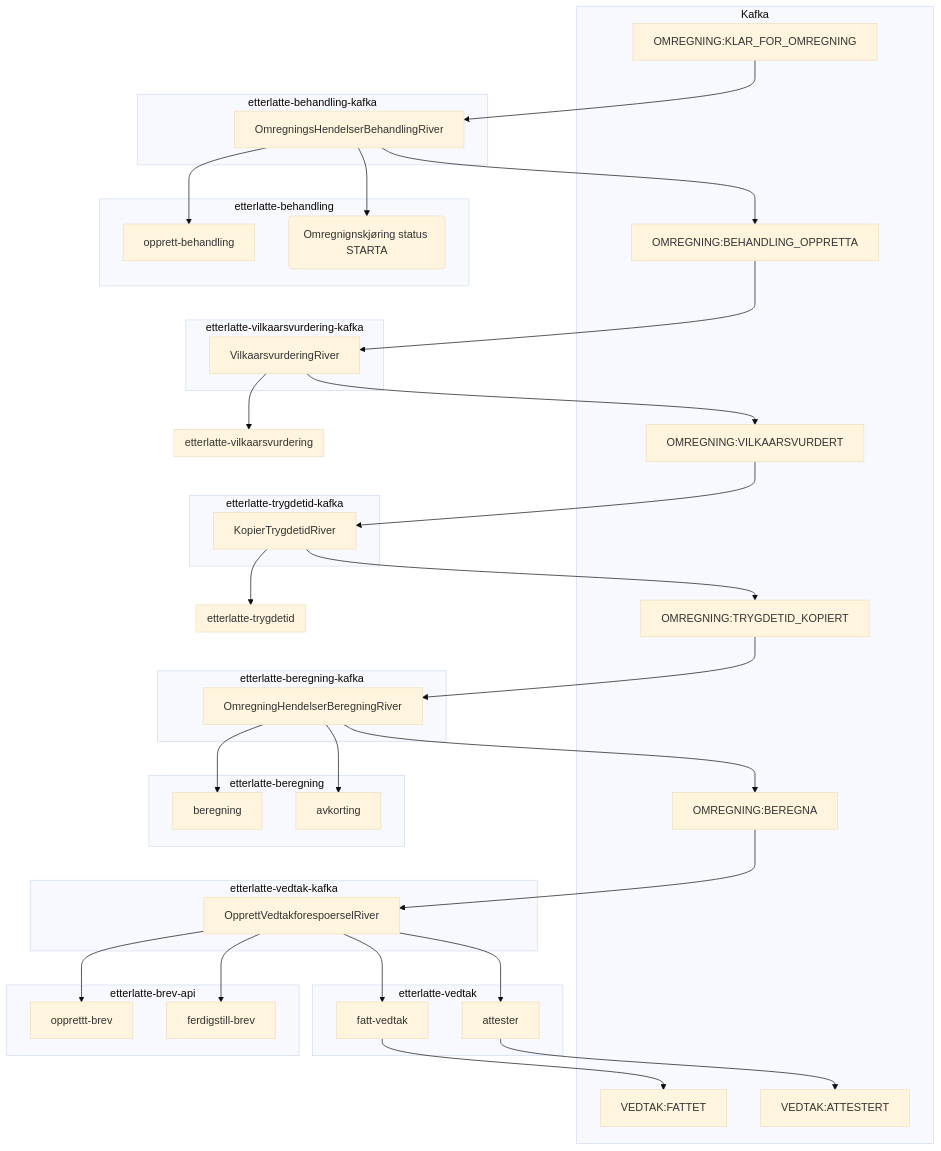
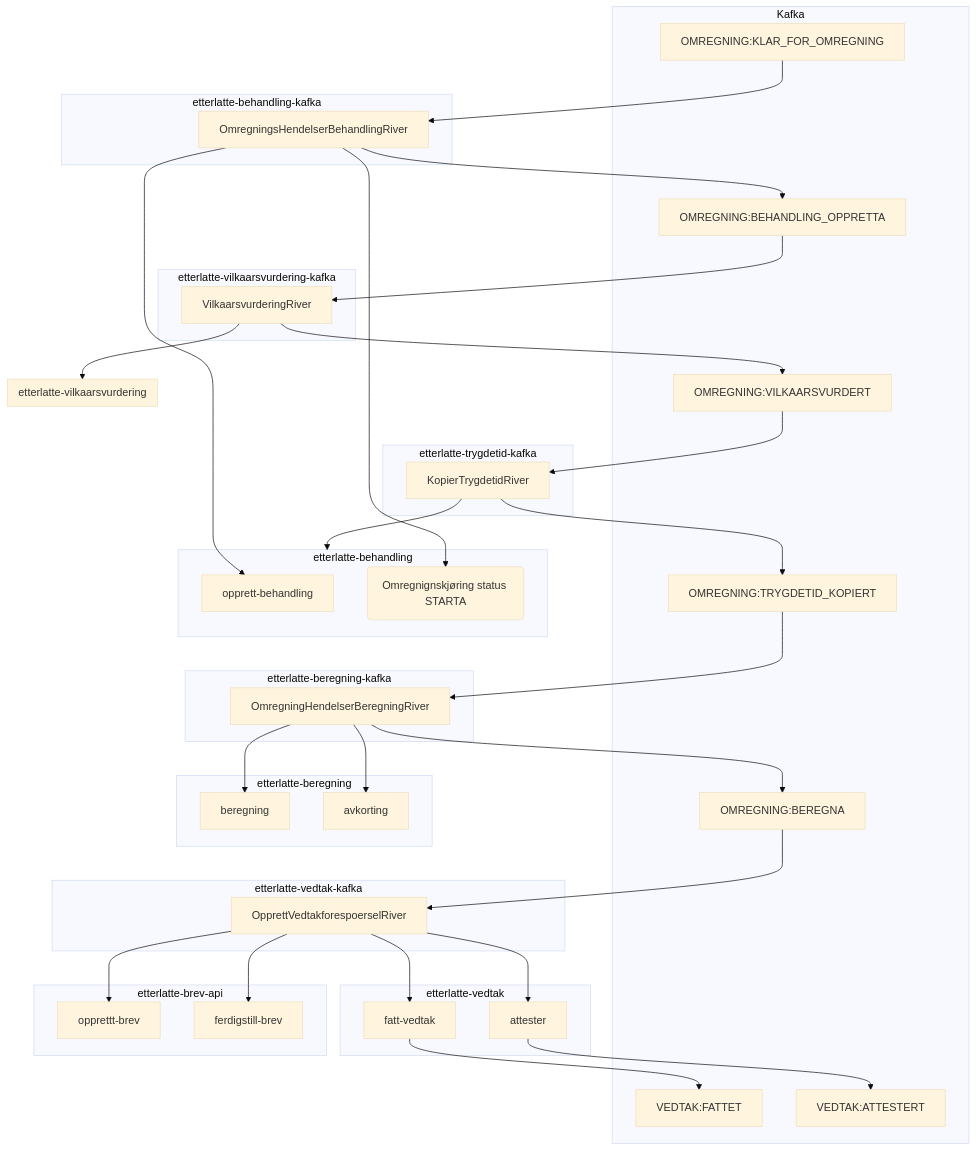
Before and after one commit to navikt/pensjon-etterlatte-saksbehandling: the first of 4 diagrams in libs/etterlatte-omregning-model/README.md, drawn with Mermaid (base theme). The commit also changed 2 other files, not shown here.

Commit message:
Rydder flere trygdetid-referanser og legger på feilaktig fjernet conf i settings.gradle.kts

````diff
--- a/libs/etterlatte-omregning-model/README.md
+++ b/libs/etterlatte-omregning-model/README.md
@@ -3,69 +3,67 @@
 ```mermaid
 flowchart
     subgraph Kafka
         OMREGNING:KLAR_FOR_OMREGNING
         OMREGNING:BEHANDLING_OPPRETTA
         OMREGNING:VILKAARSVURDERT
         OMREGNING:TRYGDETID_KOPIERT
         OMREGNING:BEREGNA
         VEDTAK:FATTET
         VEDTAK:ATTESTERT
     end
     subgraph etterlatte-behandling-kafka
         OmregningsHendelserBehandlingRiver
     end
     subgraph etterlatte-behandling
         opprett-behandling
         omregningkjoering-starta(Omregnignskjøring status STARTA)
     end
     subgraph etterlatte-vilkaarsvurdering-kafka
         VilkaarsvurderingRiver
     end
     subgraph etterlatte-vilkaarsvurdering
     end
     subgraph etterlatte-trygdetid-kafka
         KopierTrygdetidRiver
-    end
-    subgraph etterlatte-trygdetid
     end
     subgraph etterlatte-beregning-kafka
         OmregningHendelserBeregningRiver
     end
     subgraph etterlatte-beregning
         beregning
         avkorting
     end
     subgraph etterlatte-vedtak-kafka
         OpprettVedtakforespoerselRiver
     end
     subgraph etterlatte-vedtak
         fatt-vedtak
         attester
     end
     subgraph etterlatte-brev-api
         opprettt-brev
         ferdigstill-brev
     end
 
     OMREGNING:KLAR_FOR_OMREGNING --> OmregningsHendelserBehandlingRiver
     OmregningsHendelserBehandlingRiver --> opprett-behandling
     OmregningsHendelserBehandlingRiver --> omregningkjoering-starta
     OmregningsHendelserBehandlingRiver --> OMREGNING:BEHANDLING_OPPRETTA
     OMREGNING:BEHANDLING_OPPRETTA --> VilkaarsvurderingRiver
     VilkaarsvurderingRiver --> etterlatte-vilkaarsvurdering
     VilkaarsvurderingRiver --> OMREGNING:VILKAARSVURDERT
     OMREGNING:VILKAARSVURDERT --> KopierTrygdetidRiver
-    KopierTrygdetidRiver --> etterlatte-trygdetid
+    KopierTrygdetidRiver --> etterlatte-behandling
     KopierTrygdetidRiver --> OMREGNING:TRYGDETID_KOPIERT
     OMREGNING:TRYGDETID_KOPIERT --> OmregningHendelserBeregningRiver
     OmregningHendelserBeregningRiver --> beregning
     OmregningHendelserBeregningRiver --> avkorting
     OmregningHendelserBeregningRiver --> OMREGNING:BEREGNA
     OMREGNING:BEREGNA --> OpprettVedtakforespoerselRiver
     OpprettVedtakforespoerselRiver --> fatt-vedtak
     OpprettVedtakforespoerselRiver --> opprettt-brev
     OpprettVedtakforespoerselRiver --> ferdigstill-brev
     OpprettVedtakforespoerselRiver --> attester
     fatt-vedtak --> VEDTAK:FATTET
     attester --> VEDTAK:ATTESTERT
 ```
````
